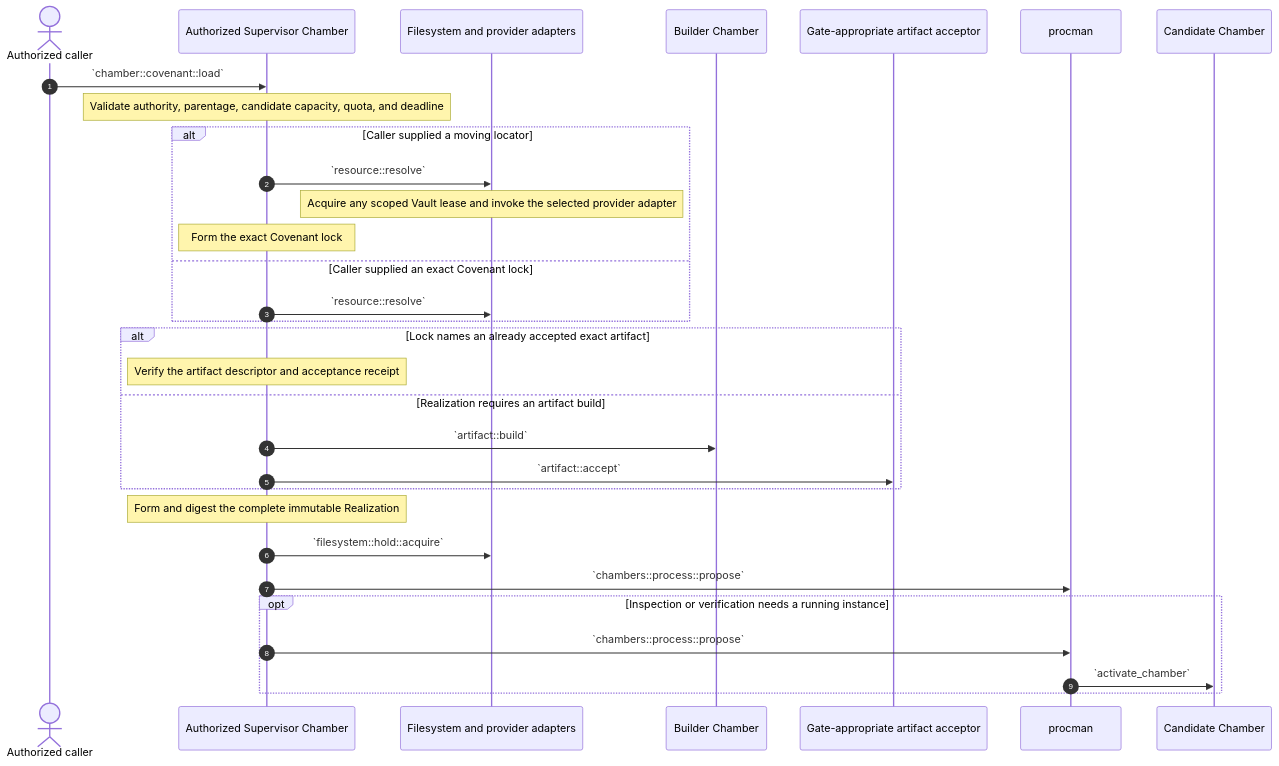
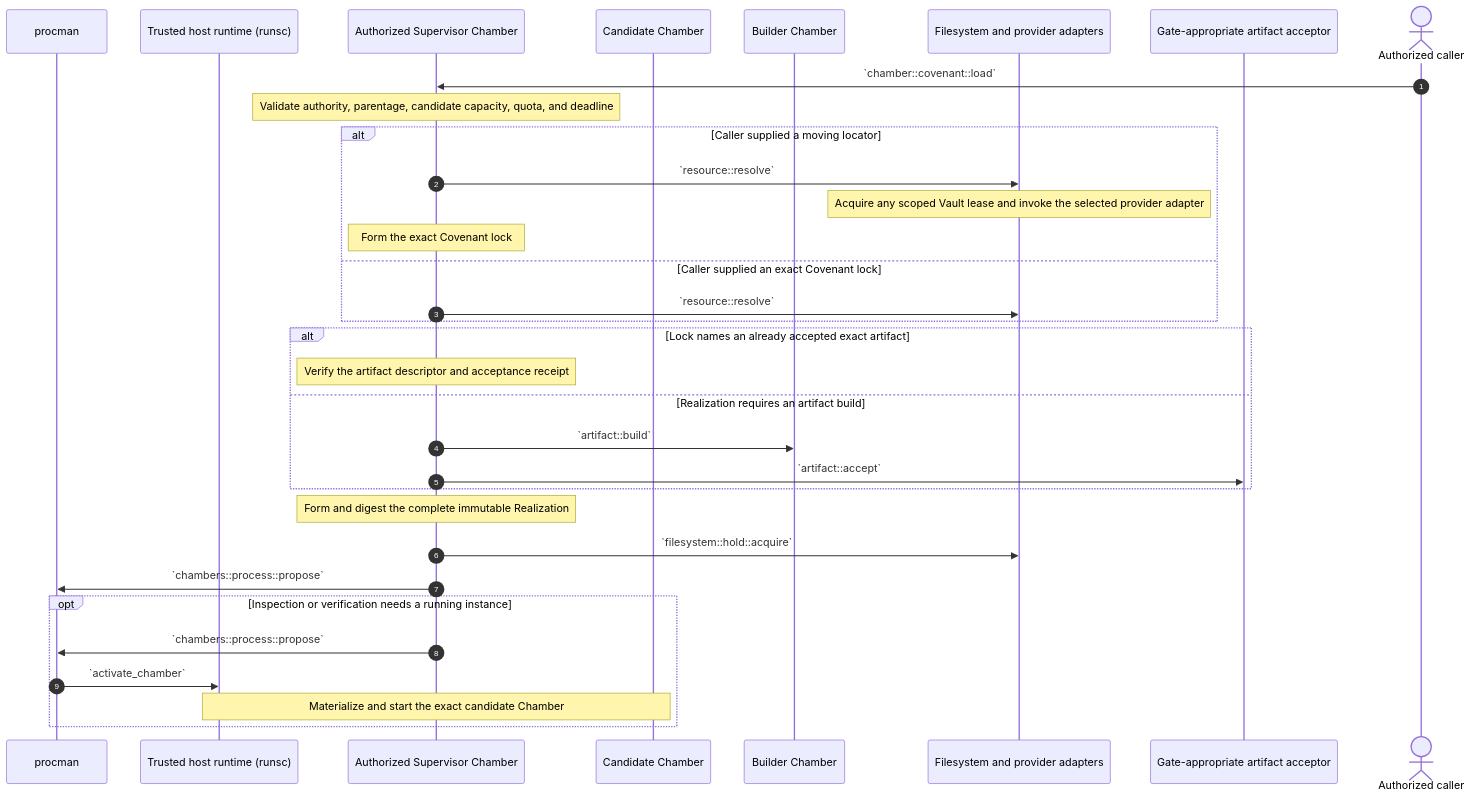
The fifth of 11 diagrams in source/chambers-lifecycle-sequences.md (dreamcatcher-tech/chambers-lifecycle-explorer), drawn with Mermaid before and after one commit. The commit also changed other lines of this file and 9 other files, not shown here.

````diff
--- a/source/chambers-lifecycle-sequences.md
+++ b/source/chambers-lifecycle-sequences.md
@@ -593,39 +610,41 @@
 ```mermaid
 sequenceDiagram
     autonumber
+    participant procman
+    participant Runtime as Trusted host runtime (runsc)
+    participant Supervisor as Authorized Supervisor Chamber
+    participant Candidate as Candidate Chamber
+    participant Builder as Builder Chamber
+    participant Filesystem as Filesystem and provider adapters
+    participant Acceptor as Gate-appropriate artifact acceptor
     actor Caller as Authorized caller
-    participant Supervisor as Authorized Supervisor Chamber
-    participant Filesystem as Filesystem and provider adapters
-    participant Builder as Builder Chamber
-    participant Acceptor as Gate-appropriate artifact acceptor
-    participant procman
-    participant Candidate as Candidate Chamber
 
     Caller->>Supervisor: `chamber::covenant::load`
     Note over Supervisor: Validate authority, parentage, candidate capacity, quota, and deadline
 
     alt Caller supplied a moving locator
         Supervisor->>Filesystem: `resource::resolve`
         Note over Filesystem: Acquire any scoped Vault lease and invoke the selected provider adapter
         Note over Supervisor: Form the exact Covenant lock
     else Caller supplied an exact Covenant lock
         Supervisor->>Filesystem: `resource::resolve`
     end
 
     alt Lock names an already accepted exact artifact
         Note over Supervisor: Verify the artifact descriptor and acceptance receipt
     else Realization requires an artifact build
         Supervisor->>Builder: `artifact::build`
         Supervisor->>Acceptor: `artifact::accept`
     end
 
     Note over Supervisor: Form and digest the complete immutable Realization
     Supervisor->>Filesystem: `filesystem::hold::acquire`
     Supervisor->>procman: `chambers::process::propose`
 
     opt Inspection or verification needs a running instance
         Supervisor->>procman: `chambers::process::propose`
-        procman->>Candidate: `activate_chamber`
+        procman->>Runtime: `activate_chamber`
+        Note over Runtime,Candidate: Materialize and start the exact candidate Chamber
     end
 
 ```
````
